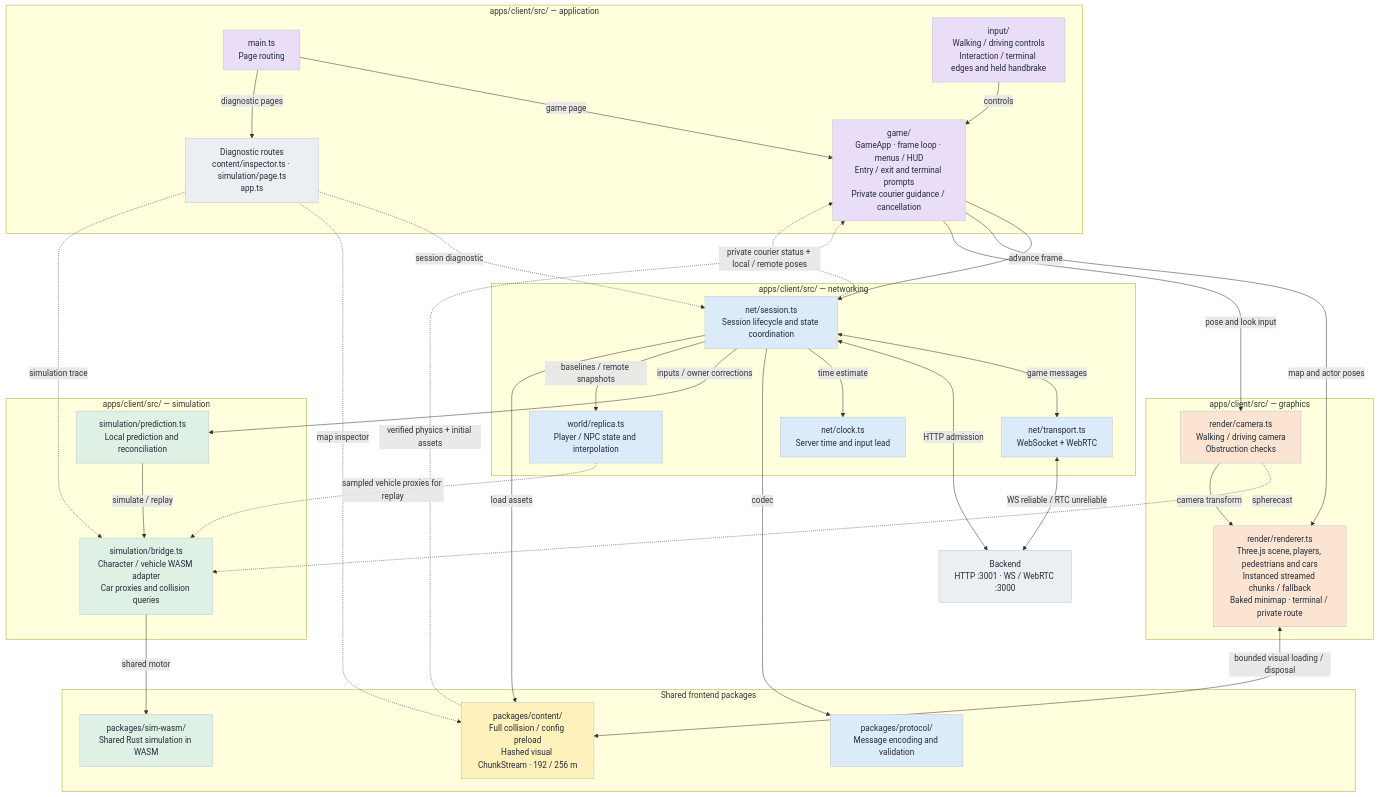
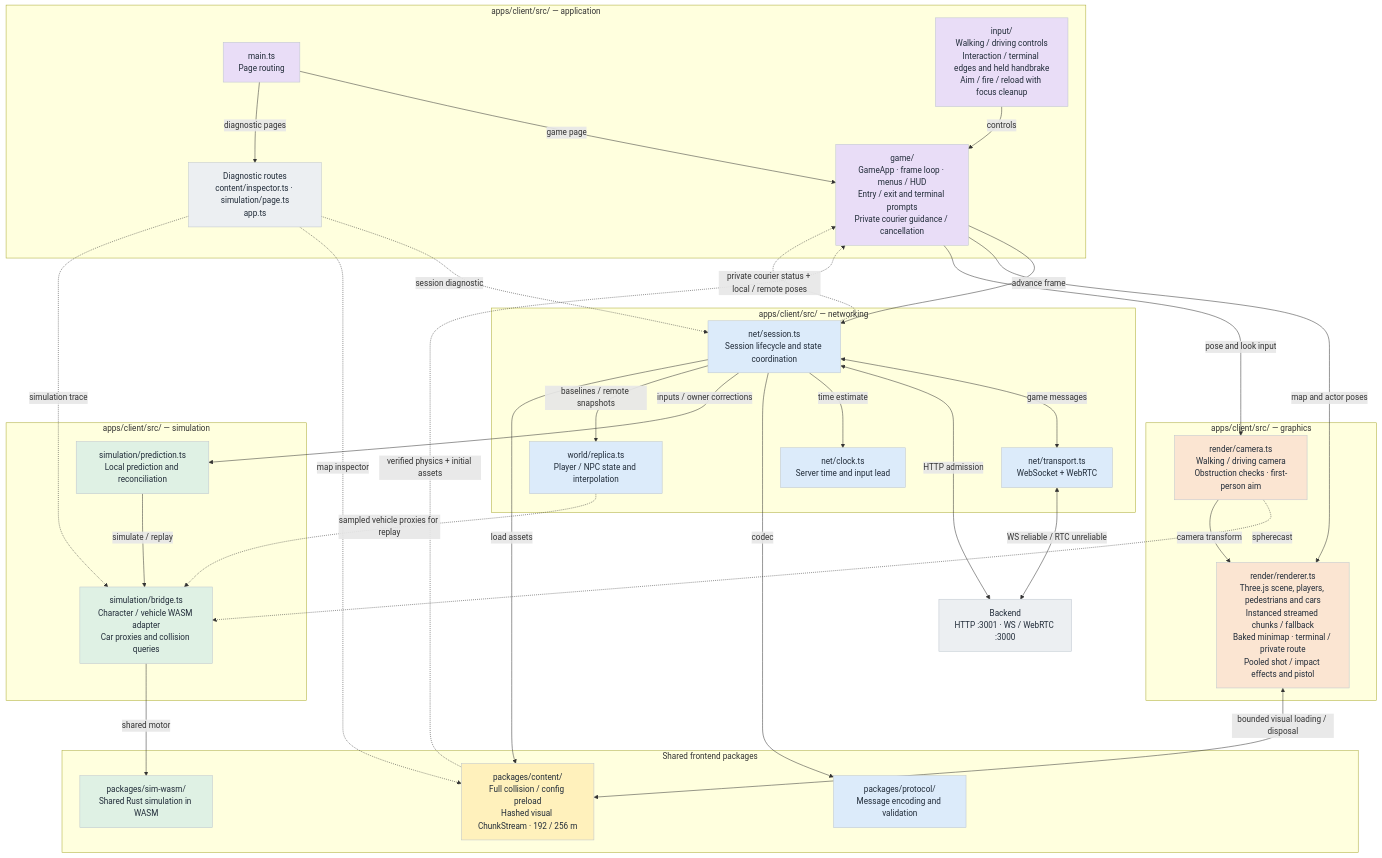
Before and after one commit to harveynw/browser-sandbox-game: the diagram in docs/diagrams/frontend.mmd, drawn with Mermaid. The commit also changed 26 other files, not shown here.

```diff
--- a/docs/diagrams/frontend.mmd
+++ b/docs/diagrams/frontend.mmd
@@ -1,64 +1,64 @@
-%% Frontend module system — current implementation through T13.
+%% Frontend module system — current implementation through T14.
 %% Update with module, ownership, transport or data-flow changes.
 %% Purple: orchestration; blue: networking; green: simulation;
 %% orange: graphics; yellow: content; grey: diagnostics/external.
 flowchart TD
   subgraph group_0["apps/client/src/ — application"]
     main["main.ts<br/>Page routing"]:::app
     game["game/<br/>GameApp · frame loop · menus / HUD<br/>Entry / exit and terminal prompts<br/>Private courier guidance / cancellation"]:::app
-    input["input/<br/>Walking / driving controls<br/>Interaction / terminal edges and held handbrake"]:::app
+    input["input/<br/>Walking / driving controls<br/>Interaction / terminal edges and held handbrake<br/>Aim / fire / reload with focus cleanup"]:::app
     tools["Diagnostic routes<br/>content/inspector.ts · simulation/page.ts<br/>app.ts"]:::other
   end
   subgraph group_1["apps/client/src/ — networking"]
     session["net/session.ts<br/>Session lifecycle and state coordination"]:::net
     transport["net/transport.ts<br/>WebSocket + WebRTC"]:::net
     clock["net/clock.ts<br/>Server time and input lead"]:::net
     replica["world/replica.ts<br/>Player / NPC state and interpolation"]:::net
   end
   subgraph group_2["apps/client/src/ — simulation"]
     prediction["simulation/prediction.ts<br/>Local prediction and reconciliation"]:::sim
     bridge["simulation/bridge.ts<br/>Character / vehicle WASM adapter<br/>Car proxies and collision queries"]:::sim
   end
   subgraph group_3["apps/client/src/ — graphics"]
-    renderer["render/renderer.ts<br/>Three.js scene, players, pedestrians and cars<br/>Instanced streamed chunks / fallback<br/>Baked minimap · terminal / private route"]:::gfx
-    camera["render/camera.ts<br/>Walking / driving camera<br/>Obstruction checks"]:::gfx
+    renderer["render/renderer.ts<br/>Three.js scene, players, pedestrians and cars<br/>Instanced streamed chunks / fallback<br/>Baked minimap · terminal / private route<br/>Pooled shot / impact effects and pistol"]:::gfx
+    camera["render/camera.ts<br/>Walking / driving camera<br/>Obstruction checks · first-person aim"]:::gfx
   end
   subgraph group_4["Shared frontend packages"]
     content["packages/content/<br/>Full collision / config preload<br/>Hashed visual ChunkStream · 192 / 256 m"]:::content
     protocol["packages/protocol/<br/>Message encoding and validation"]:::net
     wasm["packages/sim-wasm/<br/>Shared Rust simulation in WASM"]:::sim
   end
     backend["Backend<br/>HTTP :3001 · WS / WebRTC :3000"]:::other
 
   main -->|"game page"| game
   main -->|"diagnostic pages"| tools
   input -->|"controls"| game
   game -->|"advance frame"| session
   session <-->|"game messages"| transport
   transport <-->|"WS reliable / RTC unreliable"| backend
   session <-->|"HTTP admission"| backend
   session -->|"time estimate"| clock
   session -->|"codec"| protocol
   session -->|"inputs / owner corrections"| prediction
   prediction -->|"simulate / replay"| bridge
   bridge -->|"shared motor"| wasm
   session -->|"baselines / remote snapshots"| replica
   replica -.->|"sampled vehicle proxies for replay"| bridge
   session -->|"load assets"| content
   content -.->|"verified physics + initial assets"| game
   renderer <-->|"bounded visual loading / disposal"| content
   session -.->|"private courier status + local / remote poses"| game
   game -->|"map and actor poses"| renderer
   game -->|"pose and look input"| camera
   camera -.->|"spherecast"| bridge
   camera -->|"camera transform"| renderer
   tools -.->|"session diagnostic"| session
   tools -.->|"map inspector"| content
   tools -.->|"simulation trace"| bridge
 
   classDef app fill:#E9DDF7,stroke:#BDC5CE,color:#202B38
   classDef net fill:#DCEBFA,stroke:#BDC5CE,color:#202B38
   classDef sim fill:#DFF1E4,stroke:#BDC5CE,color:#202B38
   classDef gfx fill:#FBE5D2,stroke:#BDC5CE,color:#202B38
   classDef content fill:#FFF1BC,stroke:#BDC5CE,color:#202B38
   classDef other fill:#ECEFF2,stroke:#BDC5CE,color:#202B38
```
